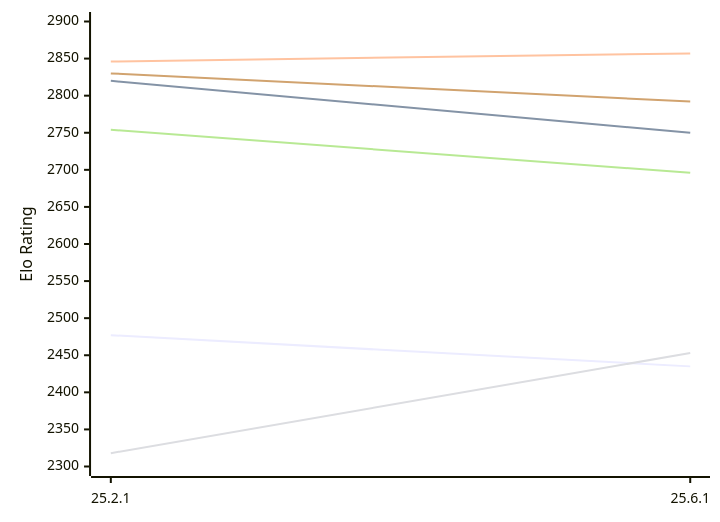
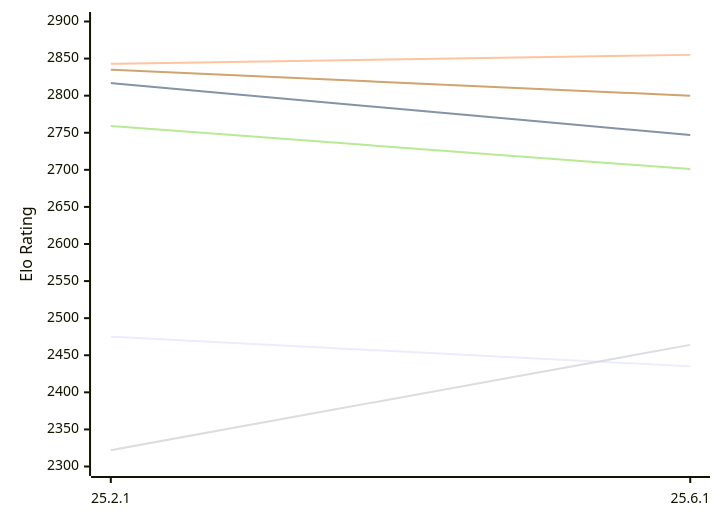
The first of 2 diagrams in engines/Crafty.md (computer-chess-index/cci), drawn with Mermaid before and after one commit. The commit also changed other lines of this file, not shown here.

Commit message:
Update CCI Ratings (ELO VLTC) - 2026-11-23

````diff
--- a/engines/Crafty.md
+++ b/engines/Crafty.md
@@ -50,12 +50,12 @@
 ```mermaid
 %%{init: {"theme":"base","themeVariables":{"seriesColors:['#a3a3a3','#222221','#faa371']}}}%%
 xychart-beta
   x-axis ["25.2.1", "25.6.1"]
   y-axis "Elo Rating" 2300 --> 2900
-  line "E1: STC (8.0+0.08s)" [2477, 2435]
-  line "E1: LTC (60.0+0.60s)" [2820, 2750]
-  line "E1: VLTC (2m24s+1.12s)" [2846, 2857]
-  line "P1: STC (8.0+0.08s)" [2318, 2453]
-  line "P1: LTC (60.0+0.60s)" [2754, 2696]
-  line "P1: VLTC (2m24s+1.12s)" [2830, 2792]
+  line "E1: STC (8.0+0.08s)" [2475, 2435]
+  line "E1: LTC (60.0+0.60s)" [2817, 2747]
+  line "E1: VLTC (2m24s+1.12s)" [2843, 2855]
+  line "P1: STC (8.0+0.08s)" [2322, 2464]
+  line "P1: LTC (60.0+0.60s)" [2759, 2701]
+  line "P1: VLTC (2m24s+1.12s)" [2835, 2800]
 ```
````
